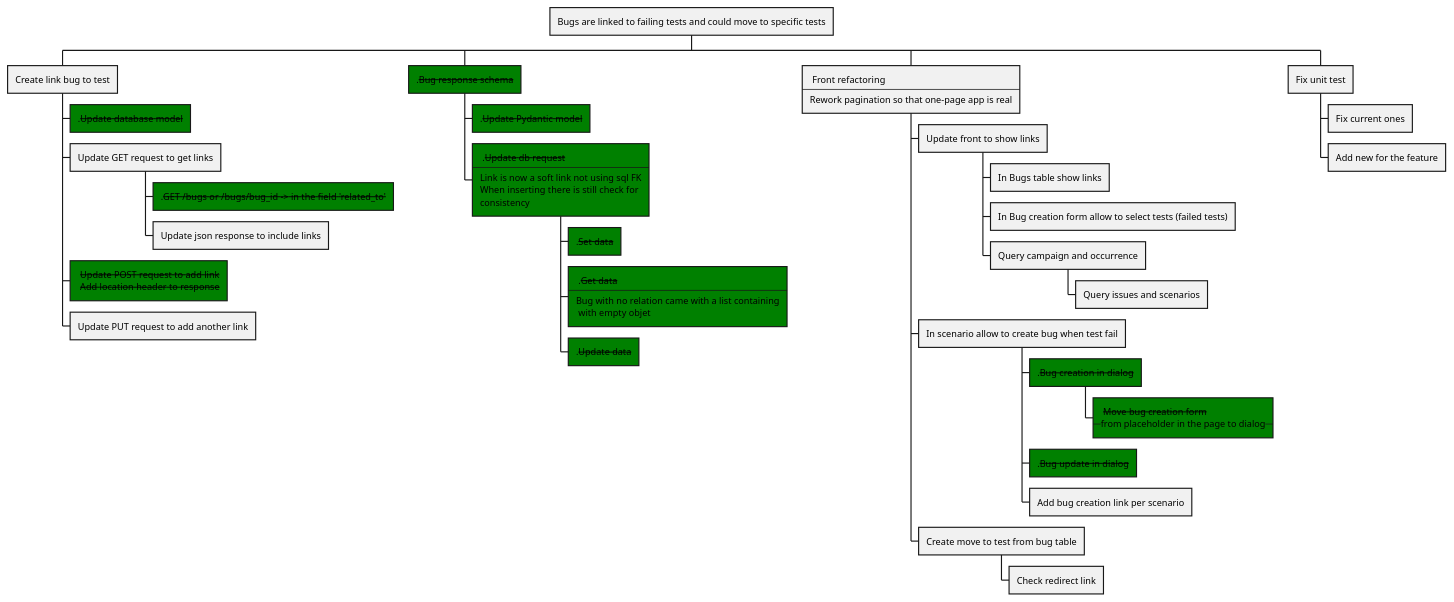
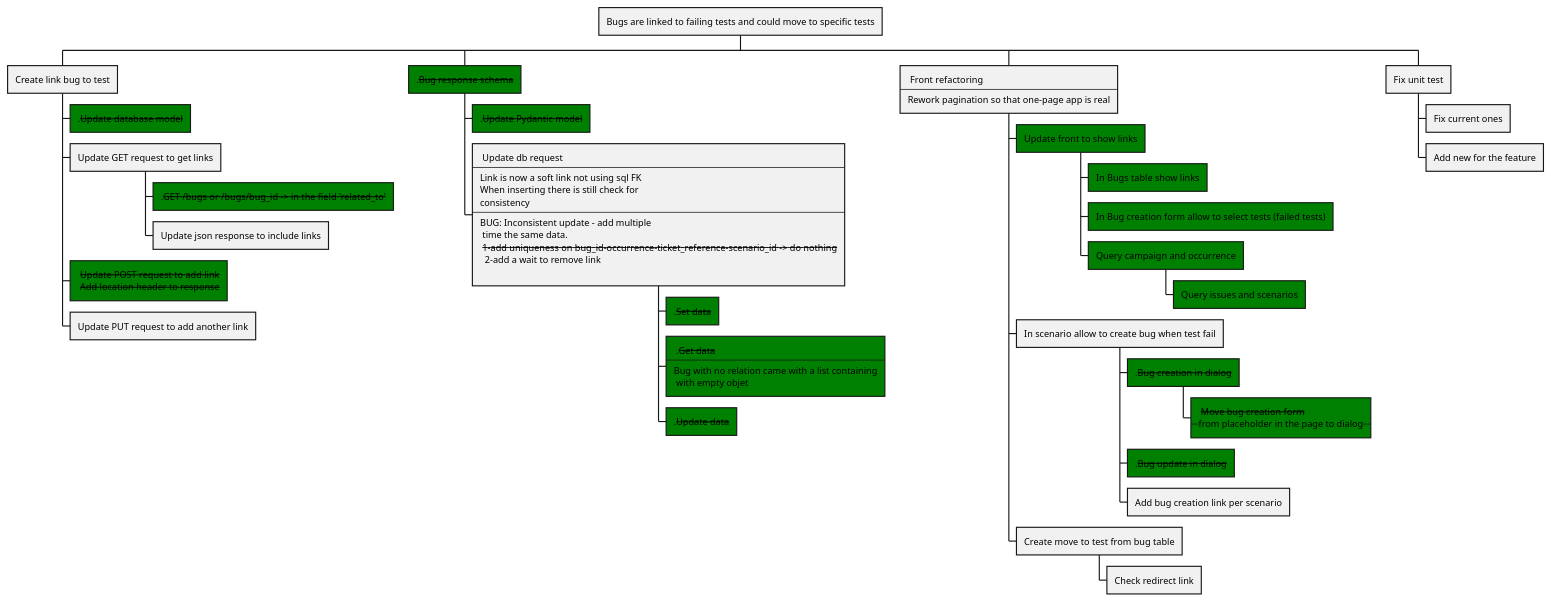
The diagram in documentation/worklog/bug_issue_link.puml (Hidden-goblin/eaidashboard), drawn with PlantUML before and after one commit. The commit also changed 19 other files, not shown here.

```diff
--- a/documentation/worklog/bug_issue_link.puml
+++ b/documentation/worklog/bug_issue_link.puml
@@ -1,47 +1,54 @@
 @startwbs
 'https://plantuml.com/wbs-diagram
 
 'https://github.com/Hidden-goblin/eaidashboard/issues/67
 
 * Bugs are linked to failing tests and could move to specific tests
 ** Create link bug to test
 ***[#green] .--Update database model--
 *** Update GET request to get links
 ****[#green] .--GET /bugs or /bugs/bug_id -> in the field 'related_to'--
 **** Update json response to include links
 ***[#green]: --Update POST request to add link--
  --Add location header to response--;
 *** Update PUT request to add another link
 **[#green] .--Bug response schema--
 ***[#green] .--Update Pydantic model--
-***[#green]: .--Update db request--
+***: Update db request
 ----
 Link is now a soft link not using sql FK
 When inserting there is still check for
-consistency;
+consistency
+----
+BUG: Inconsistent update - add multiple
+ time the same data.
+ --1-add uniqueness on bug_id-occurrence-ticket_reference-scenario_id -> do nothing--
+  2-add a wait to remove link
+;
+
 ****[#green] .--Set data--
 ****[#green]: .--Get data--
 ----
 Bug with no relation came with a list containing
  with empty objet;
 ****[#green] .--Update data--
 **: Front refactoring
 ----
 Rework pagination so that one-page app is real;
-*** Update front to show links
-**** In Bugs table show links
-**** In Bug creation form allow to select tests (failed tests)
-**** Query campaign and occurrence
-***** Query issues and scenarios
+***[#green] Update front to show links
+****[#green] In Bugs table show links
+****[#green] In Bug creation form allow to select tests (failed tests)
+****[#green] Query campaign and occurrence
+*****[#green] Query issues and scenarios
 *** In scenario allow to create bug when test fail
 ****[#green] .--Bug creation in dialog--
 *****[#green]: --Move bug creation form--
 --from placeholder in the page to dialog--;
 ****[#green] .--Bug update in dialog--
 **** Add bug creation link per scenario
 *** Create move to test from bug table
 **** Check redirect link
 ** Fix unit test
 *** Fix current ones
 *** Add new for the feature
 @endwbs
```
